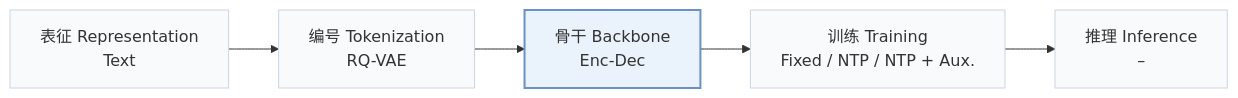
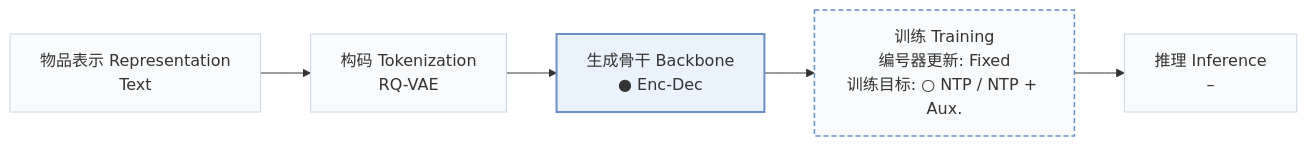
Before and after one commit to Galaxy-ghost/Awesome-SID-Generative-Rec: the first of 2 diagrams in pages/zh/papers/loopgr.md, drawn with Mermaid. The commit also changed other lines of this file and 558 other files, not shown here.

````diff
--- a/pages/zh/papers/loopgr.md
+++ b/pages/zh/papers/loopgr.md
@@ -15,8 +18,10 @@
 ```mermaid
 flowchart LR
-    R["表征 Representation<br/>Text"] --> T["编号 Tokenization<br/>RQ-VAE"] --> B["骨干 Backbone<br/>Enc-Dec"] --> TR["训练 Training<br/>Fixed / NTP / NTP + Aux."] --> I["推理 Inference<br/>–"]
+    R["物品表示 Representation<br/>Text"] --> T["构码 Tokenization<br/>RQ-VAE"] --> B["生成骨干 Backbone<br/>● Enc-Dec"] --> TR["训练 Training<br/>编号器更新: Fixed<br/>训练目标: ○ NTP / NTP + Aux."] --> I["推理 Inference<br/>–"]
     classDef base fill:#f8fafc,stroke:#cbd5e1
     class R,T,B,TR,I base
+    classDef other fill:#f8fafc,stroke:#6b8fc7,stroke-width:1.5px,stroke-dasharray:5 3
+    class TR other
     classDef main fill:#eaf2fb,stroke:#6b8fc7,stroke-width:2px
     class B main
 ```
````
